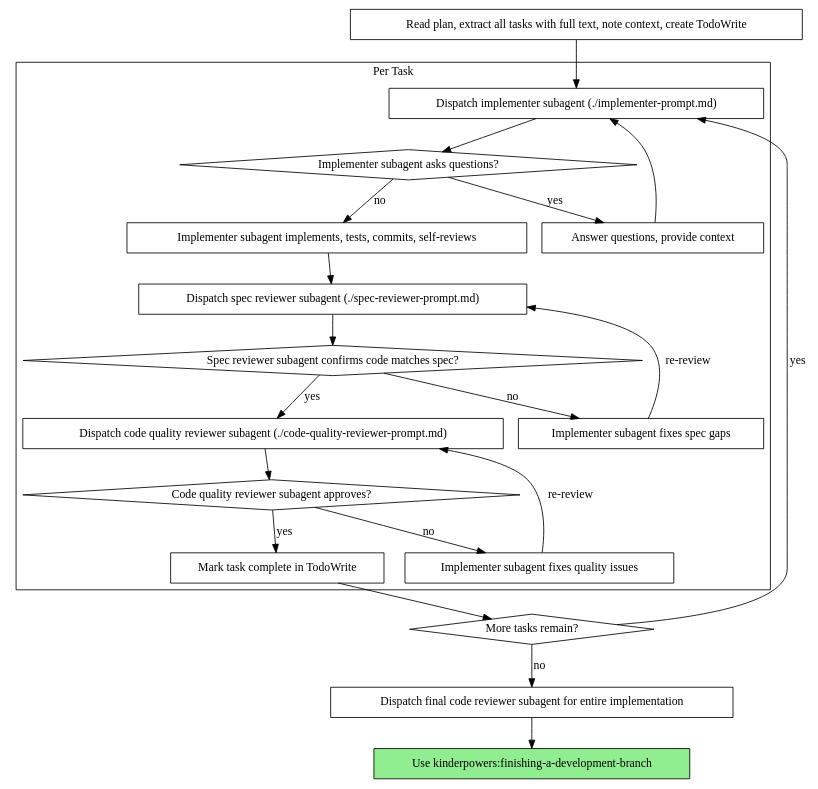
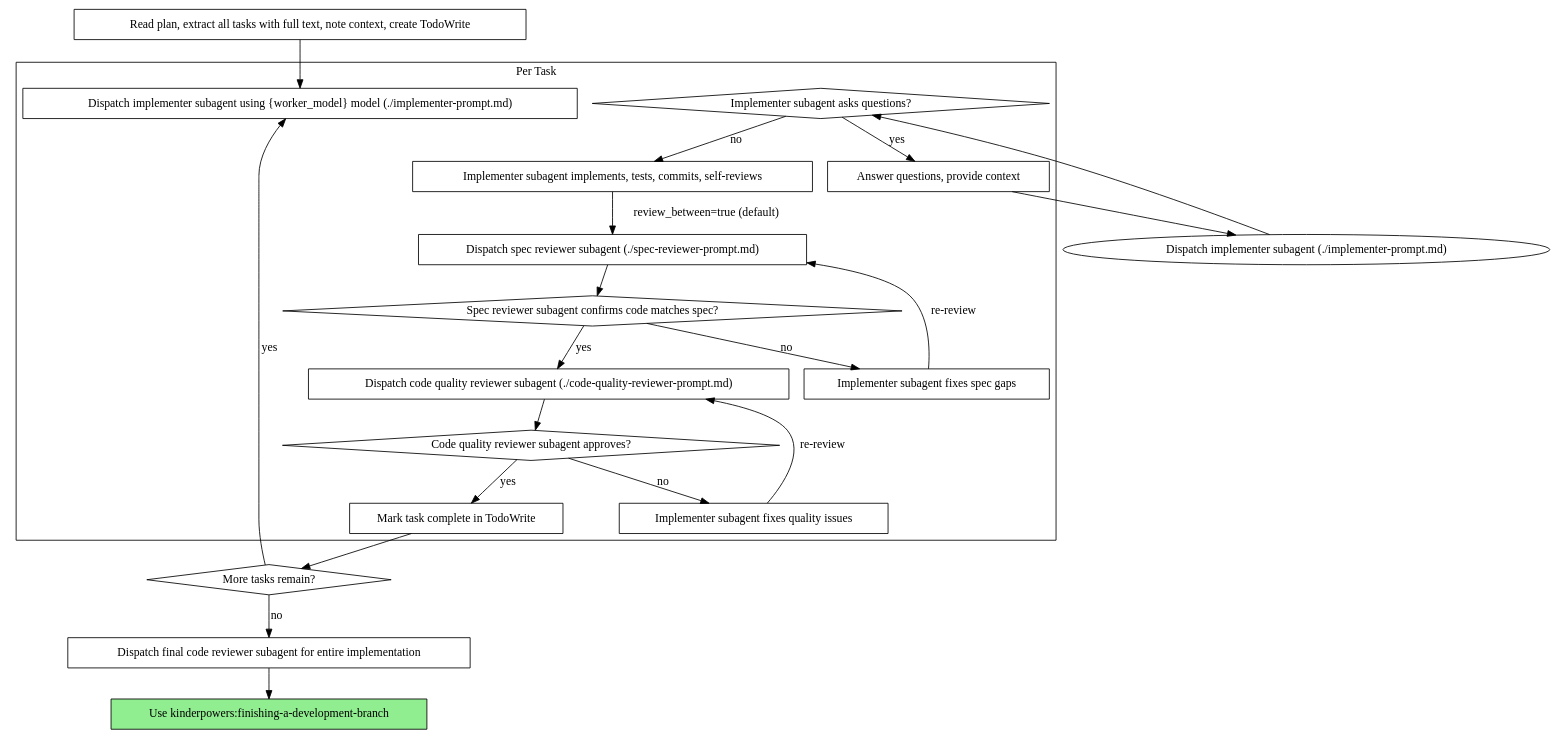
Before and after one commit to jw409/kinderpowers: the second of 2 diagrams in skills/subagent-driven-development/SKILL.md, drawn with Graphviz. The commit also changed other lines of this file, not shown here.

First line of the commit message:
feat(05-03): parameterize subagent-driven-development skill

````diff
--- a/skills/subagent-driven-development/SKILL.md
+++ b/skills/subagent-driven-development/SKILL.md
@@ -40,44 +50,44 @@
 ```dot
 digraph process {
     rankdir=TB;
 
     subgraph cluster_per_task {
         label="Per Task";
-        "Dispatch implementer subagent (./implementer-prompt.md)" [shape=box];
+        "Dispatch implementer subagent using {worker_model} model (./implementer-prompt.md)" [shape=box];
         "Implementer subagent asks questions?" [shape=diamond];
         "Answer questions, provide context" [shape=box];
         "Implementer subagent implements, tests, commits, self-reviews" [shape=box];
         "Dispatch spec reviewer subagent (./spec-reviewer-prompt.md)" [shape=box];
         "Spec reviewer subagent confirms code matches spec?" [shape=diamond];
         "Implementer subagent fixes spec gaps" [shape=box];
         "Dispatch code quality reviewer subagent (./code-quality-reviewer-prompt.md)" [shape=box];
         "Code quality reviewer subagent approves?" [shape=diamond];
         "Implementer subagent fixes quality issues" [shape=box];
         "Mark task complete in TodoWrite" [shape=box];
     }
 
     "Read plan, extract all tasks with full text, note context, create TodoWrite" [shape=box];
     "More tasks remain?" [shape=diamond];
     "Dispatch final code reviewer subagent for entire implementation" [shape=box];
     "Use kinderpowers:finishing-a-development-branch" [shape=box style=filled fillcolor=lightgreen];
 
-    "Read plan, extract all tasks with full text, note context, create TodoWrite" -> "Dispatch implementer subagent (./implementer-prompt.md)";
+    "Read plan, extract all tasks with full text, note context, create TodoWrite" -> "Dispatch implementer subagent using {worker_model} model (./implementer-prompt.md)";
     "Dispatch implementer subagent (./implementer-prompt.md)" -> "Implementer subagent asks questions?";
     "Implementer subagent asks questions?" -> "Answer questions, provide context" [label="yes"];
     "Answer questions, provide context" -> "Dispatch implementer subagent (./implementer-prompt.md)";
     "Implementer subagent asks questions?" -> "Implementer subagent implements, tests, commits, self-reviews" [label="no"];
-    "Implementer subagent implements, tests, commits, self-reviews" -> "Dispatch spec reviewer subagent (./spec-reviewer-prompt.md)";
+    "Implementer subagent implements, tests, commits, self-reviews" -> "Dispatch spec reviewer subagent (./spec-reviewer-prompt.md)" [label="review_between=true (default)"];
     "Dispatch spec reviewer subagent (./spec-reviewer-prompt.md)" -> "Spec reviewer subagent confirms code matches spec?";
     "Spec reviewer subagent confirms code matches spec?" -> "Implementer subagent fixes spec gaps" [label="no"];
     "Implementer subagent fixes spec gaps" -> "Dispatch spec reviewer subagent (./spec-reviewer-prompt.md)" [label="re-review"];
     "Spec reviewer subagent confirms code matches spec?" -> "Dispatch code quality reviewer subagent (./code-quality-reviewer-prompt.md)" [label="yes"];
     "Dispatch code quality reviewer subagent (./code-quality-reviewer-prompt.md)" -> "Code quality reviewer subagent approves?";
     "Code quality reviewer subagent approves?" -> "Implementer subagent fixes quality issues" [label="no"];
     "Implementer subagent fixes quality issues" -> "Dispatch code quality reviewer subagent (./code-quality-reviewer-prompt.md)" [label="re-review"];
     "Code quality reviewer subagent approves?" -> "Mark task complete in TodoWrite" [label="yes"];
     "Mark task complete in TodoWrite" -> "More tasks remain?";
-    "More tasks remain?" -> "Dispatch implementer subagent (./implementer-prompt.md)" [label="yes"];
+    "More tasks remain?" -> "Dispatch implementer subagent using {worker_model} model (./implementer-prompt.md)" [label="yes"];
     "More tasks remain?" -> "Dispatch final code reviewer subagent for entire implementation" [label="no"];
     "Dispatch final code reviewer subagent for entire implementation" -> "Use kinderpowers:finishing-a-development-branch";
 }
 ```
````
